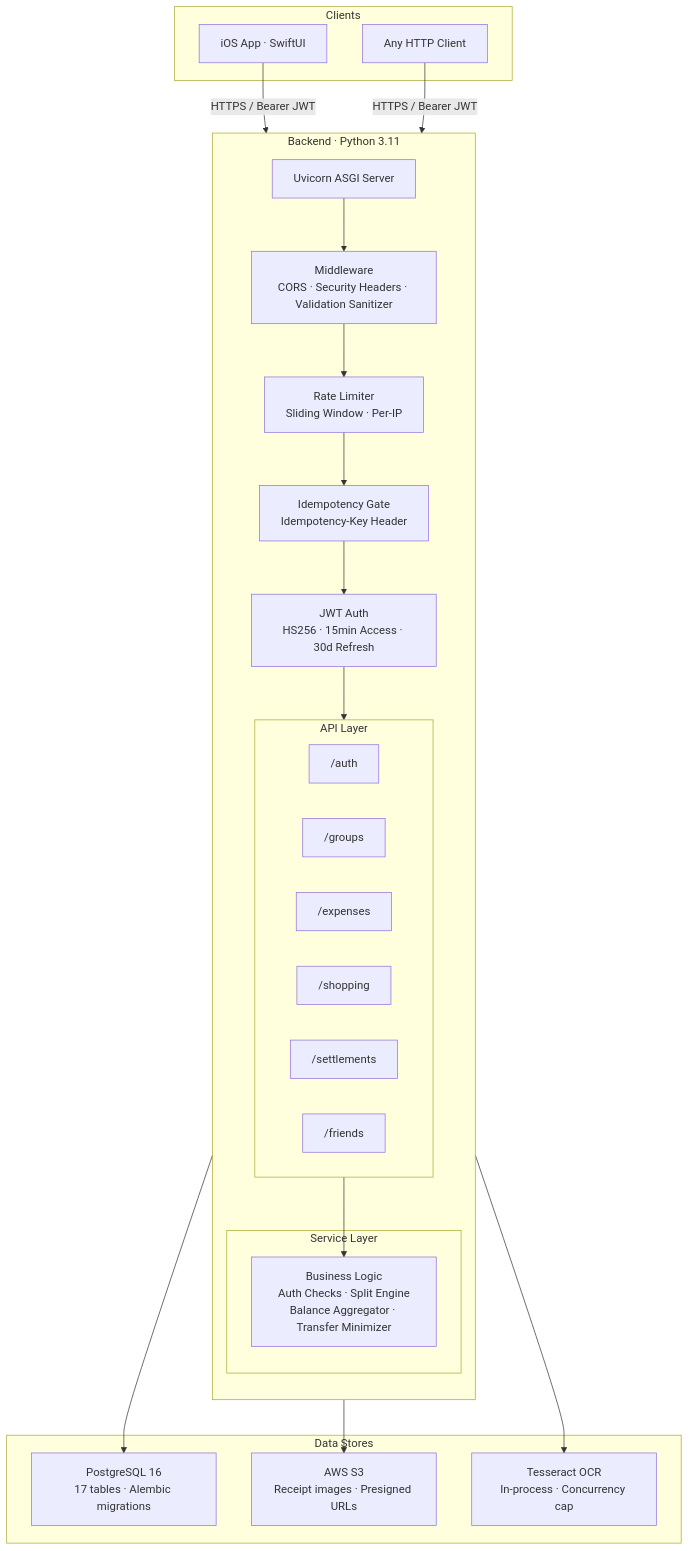
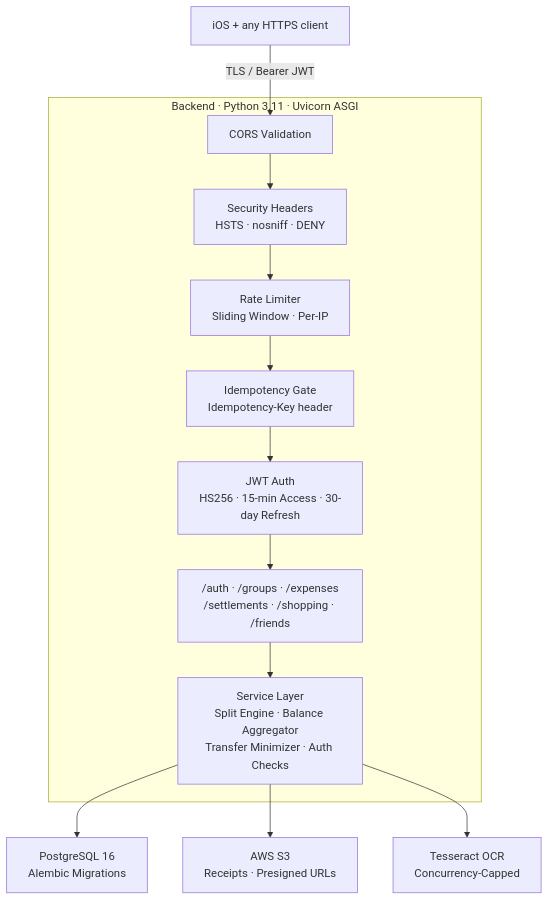
One commit to yslim-030622/ClearSplit changed the first of 2 diagrams in README.md. Above: the diagram before and after it, drawn with Mermaid. The commit also changed other lines of this file, not shown here.

Commit message:
docs: rewrite README to highlight backend/deployment/CI-CD

````diff
--- a/README.md
+++ b/README.md
@@ -15,45 +48,18 @@
 ```mermaid
-graph TB
-    subgraph "Clients"
-        iOS["iOS App · SwiftUI"]
-        Web["Any HTTP Client"]
+flowchart TD
+    Client["iOS + any HTTPS client"] -- "TLS / Bearer JWT" --> CORS
+
+    subgraph Backend["Backend · Python 3.11 · Uvicorn ASGI"]
+        CORS["CORS Validation"]
+        CORS --> SecH["Security Headers<br/>HSTS · nosniff · DENY"]
+        SecH --> RL["Rate Limiter<br/>Sliding Window · Per-IP"]
+        RL --> IK["Idempotency Gate<br/>Idempotency-Key header"]
+        IK --> JWT["JWT Auth<br/>HS256 · 15-min Access · 30-day Refresh"]
+        JWT --> Routers["/auth · /groups · /expenses<br/>/settlements · /shopping · /friends"]
+        Routers --> SVC["Service Layer<br/>Split Engine · Balance Aggregator<br/>Transfer Minimizer · Auth Checks"]
     end
 
-    subgraph "Backend · Python 3.11"
-        direction TB
-        ASGI["Uvicorn ASGI Server"]
-        MW["Middleware<br/>CORS · Security Headers · Validation Sanitizer"]
-        RL["Rate Limiter<br/>Sliding Window · Per-IP"]
-        IK["Idempotency Gate<br/>Idempotency-Key Header"]
-        JWT["JWT Auth<br/>HS256 · 15min Access · 30d Refresh"]
-
-        subgraph API_LAYER["API Layer"]
-            AUTH_R["/auth"]
-            GRP_R["/groups"]
-            EXP_R["/expenses"]
-            SHOP_R["/shopping"]
-            SETTLE_R["/settlements"]
-            FRIEND_R["/friends"]
-        end
-
-        subgraph "Service Layer"
-            SVC["Business Logic<br/>Auth Checks · Split Engine<br/>Balance Aggregator · Transfer Minimizer"]
-        end
-
-        ASGI --> MW --> RL --> IK --> JWT
-        JWT --> API_LAYER
-        API_LAYER --> SVC
-    end
-
-    subgraph "Data Stores"
-        PG["PostgreSQL 16<br/>17 tables · Alembic migrations"]
-        S3["AWS S3<br/>Receipt images · Presigned URLs"]
-        OCR["Tesseract OCR<br/>In-process · Concurrency cap"]
-    end
-
-    iOS -- "HTTPS / Bearer JWT" --> ASGI
-    Web -- "HTTPS / Bearer JWT" --> ASGI
-    SVC --> PG
-    SVC --> S3
-    SVC --> OCR
+    SVC --> PG["PostgreSQL 16<br/>Alembic Migrations"]
+    SVC --> S3["AWS S3<br/>Receipts · Presigned URLs"]
+    SVC --> OCR["Tesseract OCR<br/>Concurrency-Capped"]
 ```
````
